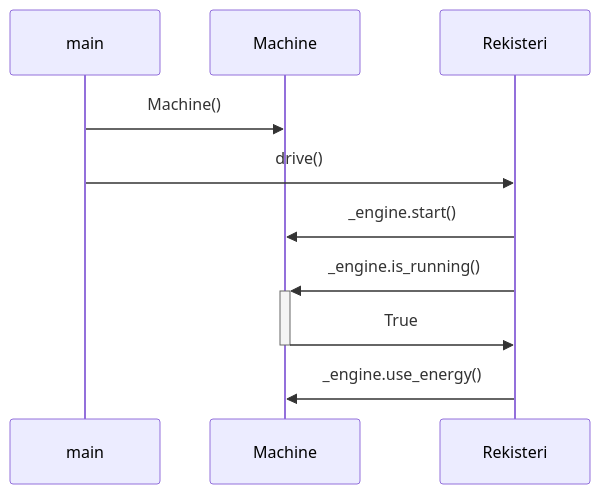
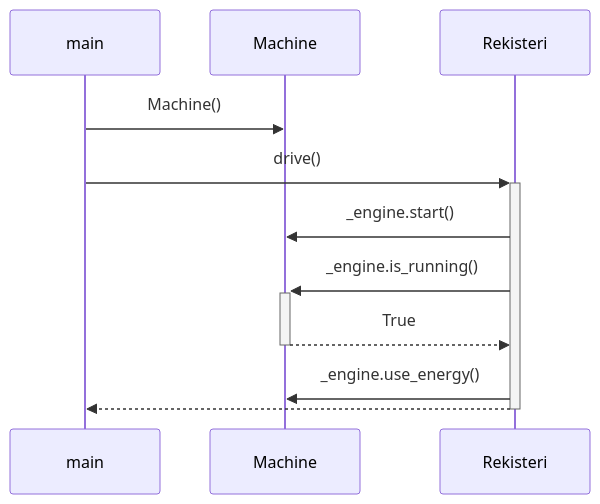
The third of 3 diagrams in laskarit/viikko3/UML.md (VehvilainenPooki/OTProjekti), drawn with Mermaid before and after one commit.

````diff
--- a/laskarit/viikko3/UML.md
+++ b/laskarit/viikko3/UML.md
@@ -95,9 +95,10 @@
 ```mermaid
  sequenceDiagram
       main->>Machine: Machine()
-      main->>Rekisteri: drive()
+      main->>+Rekisteri: drive()
       Rekisteri->>Machine: _engine.start()
       Rekisteri->>+Machine: _engine.is_running()
-      Machine->>-Rekisteri: True
+      Machine-->>-Rekisteri: True
       Rekisteri->>Machine: _engine.use_energy()
-``` 
+      Rekisteri-->>-main:  
+```
````
